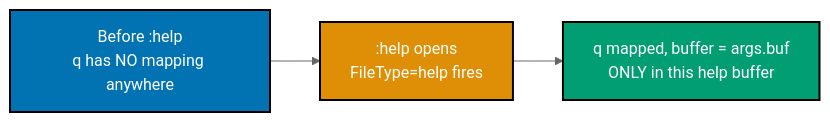
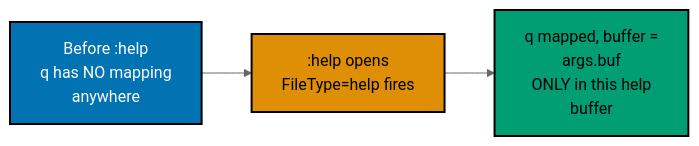
The second of 7 diagrams in apps/ayokoding-www/content/en/learn/courses/extending-neovim/learning/beginner.md (wahidyankf/ose-public), drawn with Mermaid (neutral theme) before and after one commit. The commit also changed other lines of this file and 144 other files, not shown here.

First line of the commit message:
fix(mermaid): bring the first half of the courses diagrams onto the accessible palette

````diff
--- a/apps/ayokoding-www/content/en/learn/courses/extending-neovim/learning/beginner.md
+++ b/apps/ayokoding-www/content/en/learn/courses/extending-neovim/learning/beginner.md
@@ -325,12 +328,15 @@
 ```mermaid
 %% Color Palette: Blue #0173B2, Orange #DE8F05, Teal #029E73
 flowchart LR
-    A["Before :help<br/>q has NO mapping anywhere"]:::blue
+    accTitle: Example 11: Buffer-Local Keymap via FileType Autocmd
+    accDescr: Flowchart with 3 nodes and 2 connections. Nodes: Before :help q has NO mapping anywhere, :help opens FileType=help fires, q mapped, buffer = args.buf ONLY in this help buffer. Connections: Before :help q has NO mapping anywhere to :help opens FileType=help fires, :help opens FileType=help fires to q mapped, buffer = args.buf ONLY in this help buffer.
+    A["Before :help<br/>q has NO mapping<br/>anywhere"]:::blue
     B[":help opens<br/>FileType=help fires"]:::orange
-    C["q mapped, buffer = args.buf<br/>ONLY in this help buffer"]:::teal
+    C["q mapped, buffer =<br/>args.buf<br/>ONLY in this help<br/>buffer"]:::teal
     A --> B --> C
 
     classDef blue fill:#0173B2,stroke:#000000,color:#FFFFFF,stroke-width:2px
-    classDef orange fill:#DE8F05,stroke:#000000,color:#FFFFFF,stroke-width:2px
-    classDef teal fill:#029E73,stroke:#000000,color:#FFFFFF,stroke-width:2px
+    classDef orange fill:#DE8F05,stroke:#000000,color:#000000,stroke-width:2px
+    classDef teal fill:#029E73,stroke:#000000,color:#000000,stroke-width:2px
+    classDef default fill:#FFFFFF,stroke:#000000,color:#000000
 ```
````
